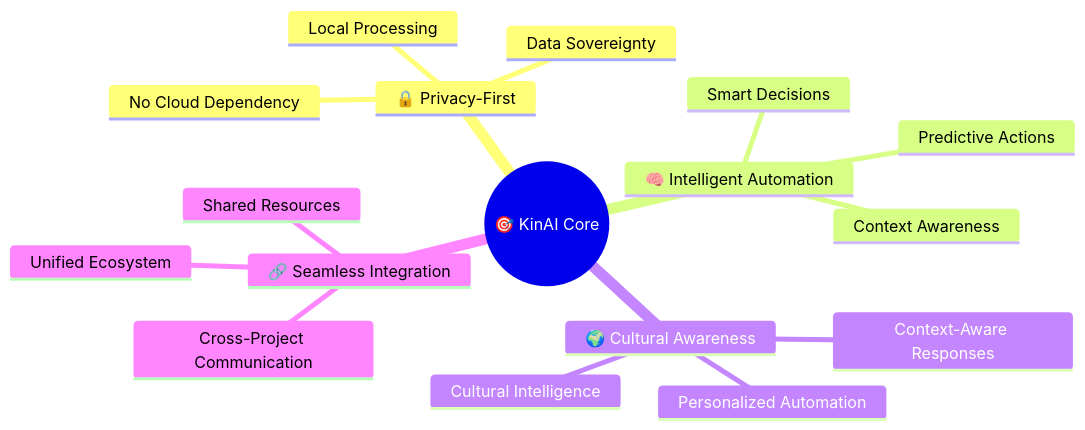
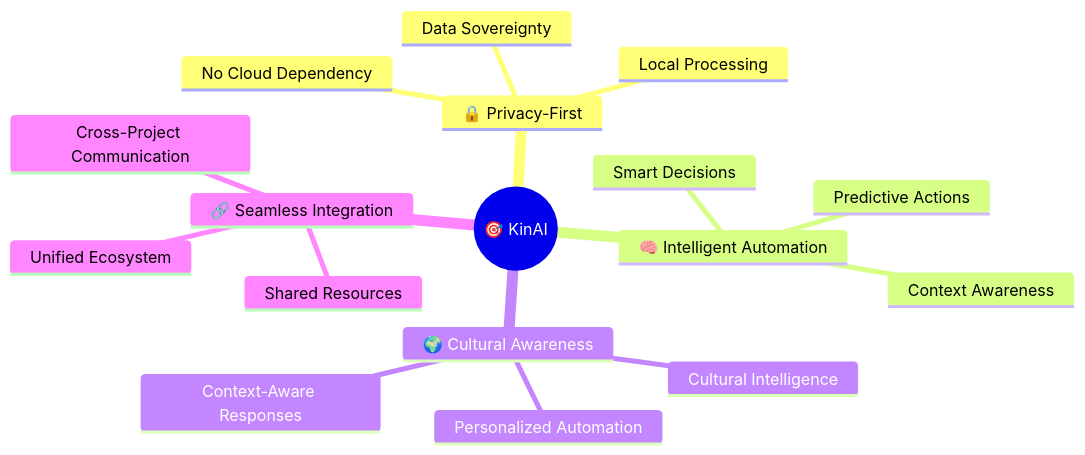
One commit to Logulokesh/KinAI-Ecosystem changed the first of 6 diagrams in README.md. Above: the diagram before and after it, drawn with Mermaid.

````diff
--- a/README.md
+++ b/README.md
@@ -67,20 +67,20 @@
 ```mermaid
 mindmap
-  root((🎯 KinAI Core))
+  root((🎯 KinAI ))
     🔒 Privacy-First
       Local Processing
       No Cloud Dependency
       Data Sovereignty
     🧠 Intelligent Automation
       Smart Decisions
       Context Awareness
       Predictive Actions
     🌍 Cultural Awareness
       Context-Aware Responses
       Cultural Intelligence
       Personalized Automation
     🔗 Seamless Integration
       Unified Ecosystem
       Cross-Project Communication
       Shared Resources
 ```
````
